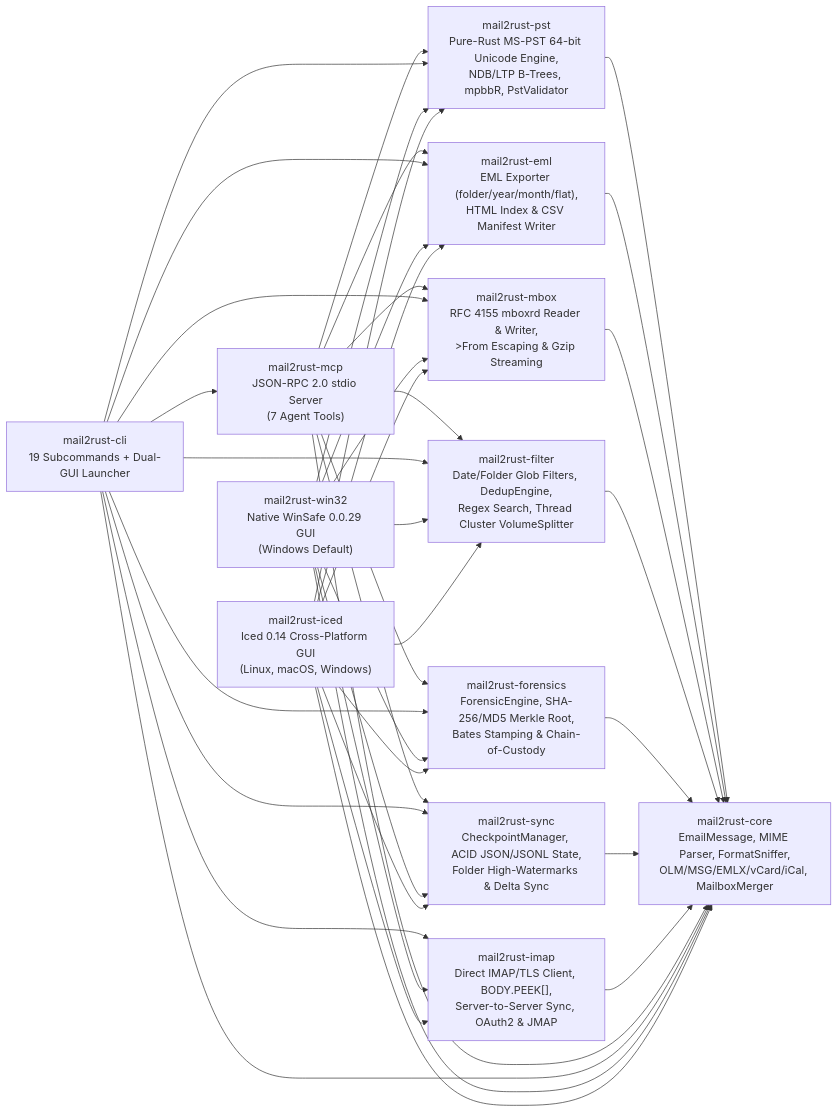
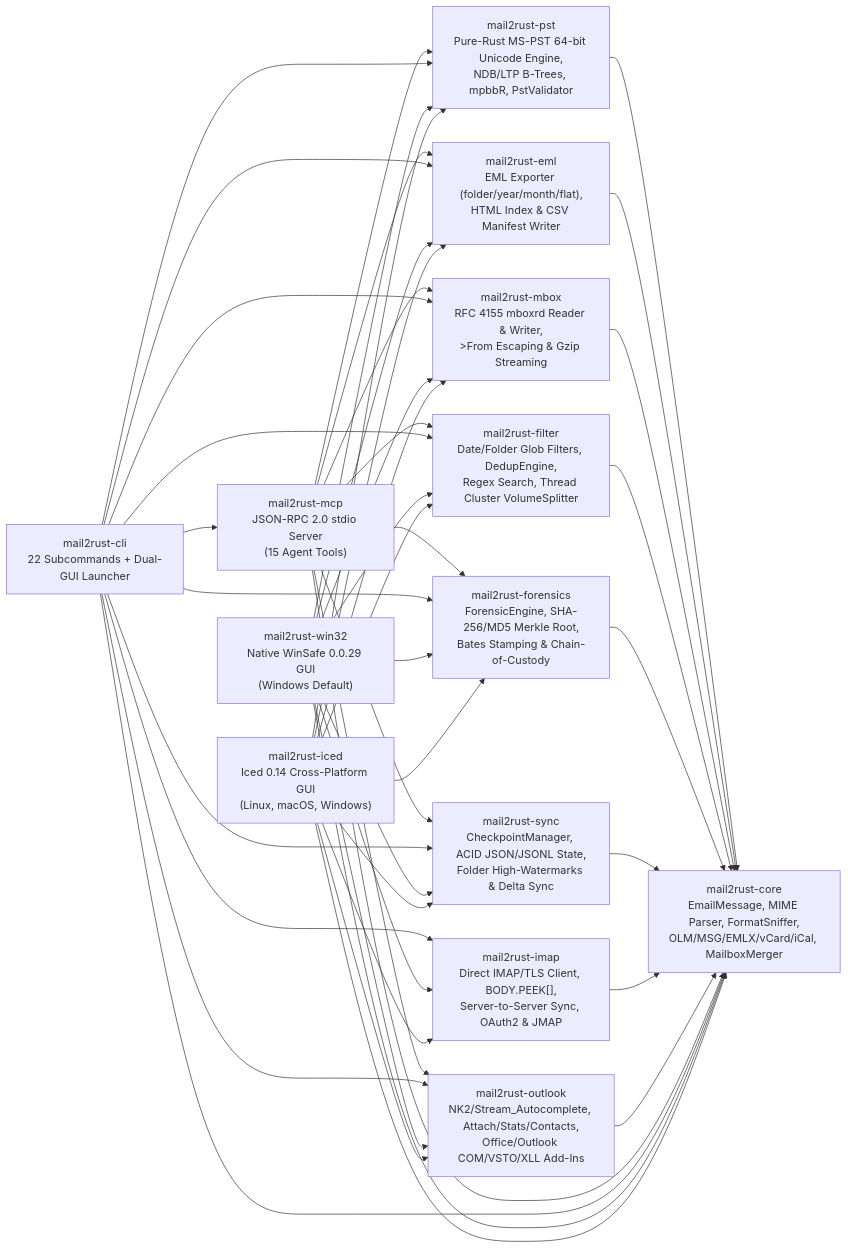
One commit to adpaolucci/mail2rust changed the diagram in wiki/Architecture.md. Above: the diagram before and after it, drawn with Mermaid. The commit also changed other lines of this file and 11 other files, not shown here.

````diff
--- a/wiki/Architecture.md
+++ b/wiki/Architecture.md
@@ -5,55 +5,61 @@
 ```mermaid
 flowchart LR
     CORE["mail2rust-core<br/>EmailMessage, MIME Parser, FormatSniffer,<br/>OLM/MSG/EMLX/vCard/iCal, MailboxMerger"]
     PST["mail2rust-pst<br/>Pure-Rust MS-PST 64-bit Unicode Engine,<br/>NDB/LTP B-Trees, mpbbR, PstValidator"]
     EML["mail2rust-eml<br/>EML Exporter (folder/year/month/flat),<br/>HTML Index & CSV Manifest Writer"]
     MBOX["mail2rust-mbox<br/>RFC 4155 mboxrd Reader & Writer,<br/>>From Escaping & Gzip Streaming"]
     FILTER["mail2rust-filter<br/>Date/Folder Glob Filters, DedupEngine,<br/>Regex Search, Thread Cluster VolumeSplitter"]
     FORENSICS["mail2rust-forensics<br/>ForensicEngine, SHA-256/MD5 Merkle Root,<br/>Bates Stamping & Chain-of-Custody"]
     SYNC["mail2rust-sync<br/>CheckpointManager, ACID JSON/JSONL State,<br/>Folder High-Watermarks & Delta Sync"]
     IMAP["mail2rust-imap<br/>Direct IMAP/TLS Client, BODY.PEEK[],<br/>Server-to-Server Sync, OAuth2 & JMAP"]
-    MCP["mail2rust-mcp<br/>JSON-RPC 2.0 stdio Server<br/>(7 Agent Tools)"]
-    CLI["mail2rust-cli<br/>19 Subcommands + Dual-GUI Launcher"]
+    OUTLOOK["mail2rust-outlook<br/>NK2/Stream_Autocomplete, Attach/Stats/Contacts,<br/>Office/Outlook COM/VSTO/XLL Add-Ins"]
+    MCP["mail2rust-mcp<br/>JSON-RPC 2.0 stdio Server<br/>(15 Agent Tools)"]
+    CLI["mail2rust-cli<br/>22 Subcommands + Dual-GUI Launcher"]
     WIN32["mail2rust-win32<br/>Native WinSafe 0.0.29 GUI<br/>(Windows Default)"]
     ICED["mail2rust-iced<br/>Iced 0.14 Cross-Platform GUI<br/>(Linux, macOS, Windows)"]
 
     PST --> CORE
     EML --> CORE
     MBOX --> CORE
     FILTER --> CORE
     FORENSICS --> CORE
     SYNC --> CORE
     IMAP --> CORE
+    OUTLOOK --> CORE
     MCP --> CORE
     MCP --> PST
     MCP --> EML
     MCP --> MBOX
     MCP --> FILTER
     MCP --> FORENSICS
     MCP --> SYNC
+    MCP --> OUTLOOK
     CLI --> CORE
     CLI --> PST
     CLI --> EML
     CLI --> MBOX
     CLI --> FILTER
     CLI --> FORENSICS
     CLI --> SYNC
     CLI --> IMAP
+    CLI --> OUTLOOK
     CLI --> MCP
     WIN32 --> CORE
     WIN32 --> PST
     WIN32 --> EML
     WIN32 --> MBOX
     WIN32 --> FILTER
     WIN32 --> FORENSICS
     WIN32 --> SYNC
     WIN32 --> IMAP
+    WIN32 --> OUTLOOK
     ICED --> CORE
     ICED --> PST
     ICED --> EML
     ICED --> MBOX
     ICED --> FILTER
     ICED --> FORENSICS
     ICED --> SYNC
     ICED --> IMAP
+    ICED --> OUTLOOK
 ```
````
